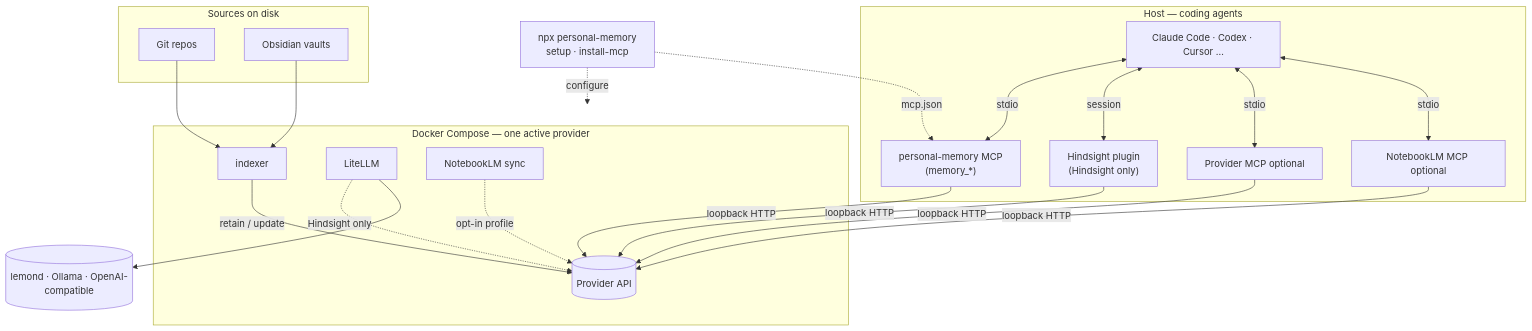
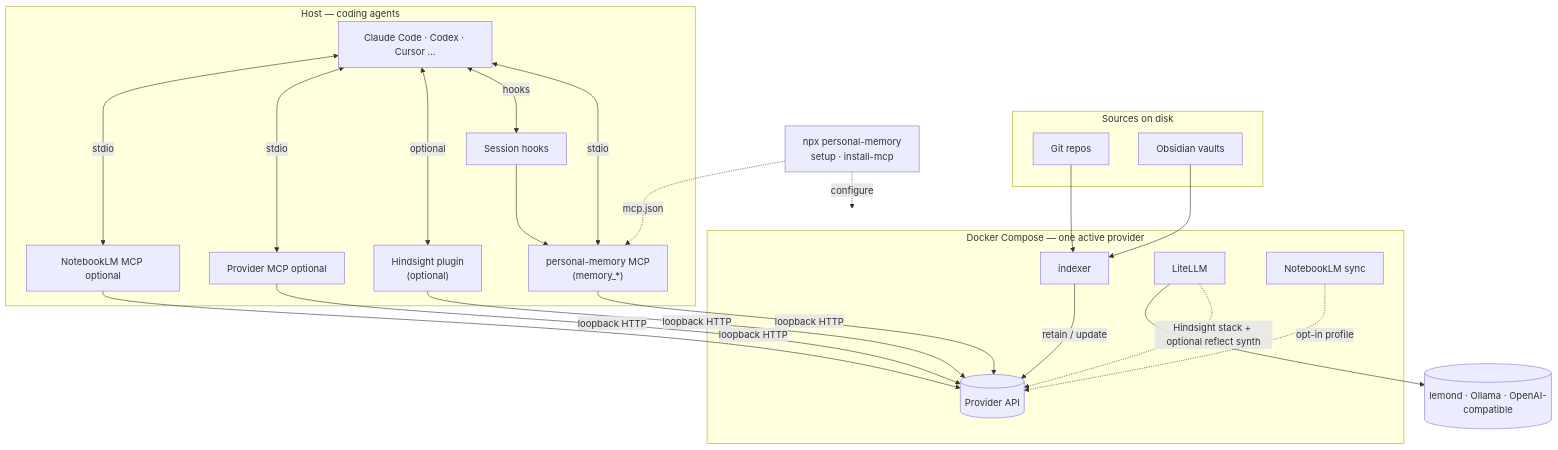
Before and after one commit to bcmyguest/openmem: the diagram in README.md, drawn with Mermaid. The commit also changed 7 other files, not shown here.

First line of the commit message:
docs: align quickstart and architecture with session shim defaults

````diff
--- a/README.md
+++ b/README.md
@@ -43,41 +43,44 @@
 ```mermaid
 flowchart TB
   subgraph disk["Sources on disk"]
     GIT[Git repos]
     OBS[Obsidian vaults]
   end
 
   subgraph compose["Docker Compose — one active provider"]
     IDX[indexer]
     PROV[(Provider API)]
     IDX -->|retain / update| PROV
     LIT[LiteLLM]
     NLM[NotebookLM sync]
-    LIT -.->|Hindsight only| PROV
+    LIT -.->|Hindsight stack + optional reflect synth| PROV
     NLM -.->|opt-in profile| PROV
   end
 
   LIT --> LLM[(lemond · Ollama · OpenAI-compatible)]
 
   subgraph host["Host — coding agents"]
     AG[Claude Code · Codex · Cursor …]
     UMCP["personal-memory MCP\n(memory_*)"]
-    PLG["Hindsight plugin\n(Hindsight only)"]
+    SHIM["Session hooks"]
+    PLG["Hindsight plugin\n(optional)"]
     PMCP[Provider MCP optional]
     NLMCP[NotebookLM MCP optional]
   end
 
   GIT --> IDX
   OBS --> IDX
   AG <-->|stdio| UMCP
-  AG <-->|session| PLG
+  AG <-->|hooks| SHIM
+  AG <-->|optional| PLG
+  SHIM --> UMCP
   AG <-->|stdio| PMCP
   AG <-->|stdio| NLMCP
   UMCP -->|loopback HTTP| PROV
   PLG -->|loopback HTTP| PROV
   PMCP -->|loopback HTTP| PROV
   NLMCP -->|loopback HTTP| PROV
 
   W["npx personal-memory\nsetup · install-mcp"] -.->|configure| compose
   W -.->|mcp.json| UMCP
 ```
````
